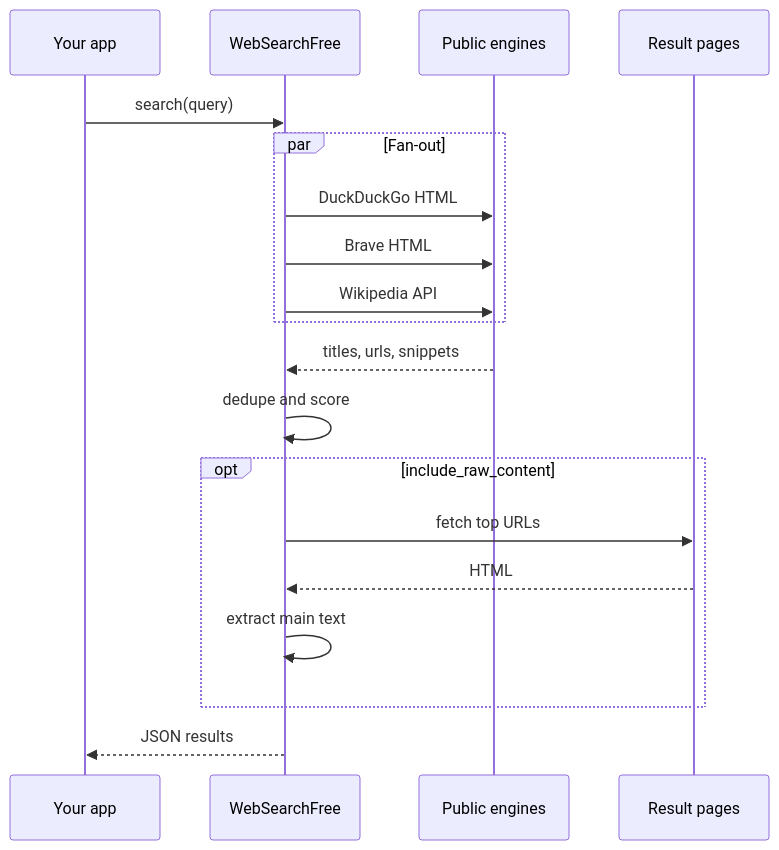
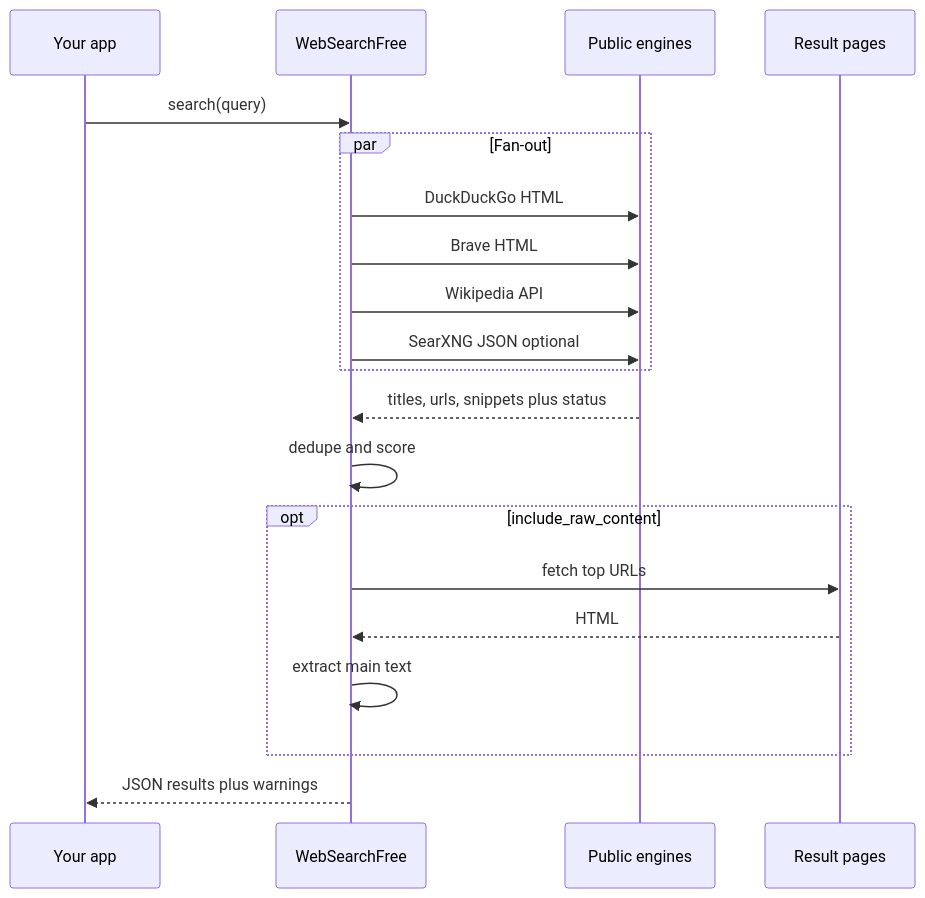
The second of 3 diagrams in README.md (drmikecrypto/WebSearchFree), drawn with Mermaid before and after one commit. The commit also changed other lines of this file and 33 other files, not shown here.

````diff
--- a/README.md
+++ b/README.md
@@ -148,22 +198,23 @@
 ```mermaid
 sequenceDiagram
   participant App as Your app
   participant WSF as WebSearchFree
   participant Engines as Public engines
   participant Pages as Result pages
 
   App->>WSF: search(query)
   par Fan-out
     WSF->>Engines: DuckDuckGo HTML
     WSF->>Engines: Brave HTML
     WSF->>Engines: Wikipedia API
+    WSF->>Engines: SearXNG JSON optional
   end
-  Engines-->>WSF: titles, urls, snippets
+  Engines-->>WSF: titles, urls, snippets plus status
   WSF->>WSF: dedupe and score
   opt include_raw_content
     WSF->>Pages: fetch top URLs
     Pages-->>WSF: HTML
     WSF->>WSF: extract main text
   end
-  WSF-->>App: JSON results
+  WSF-->>App: JSON results plus warnings
 ```
````
